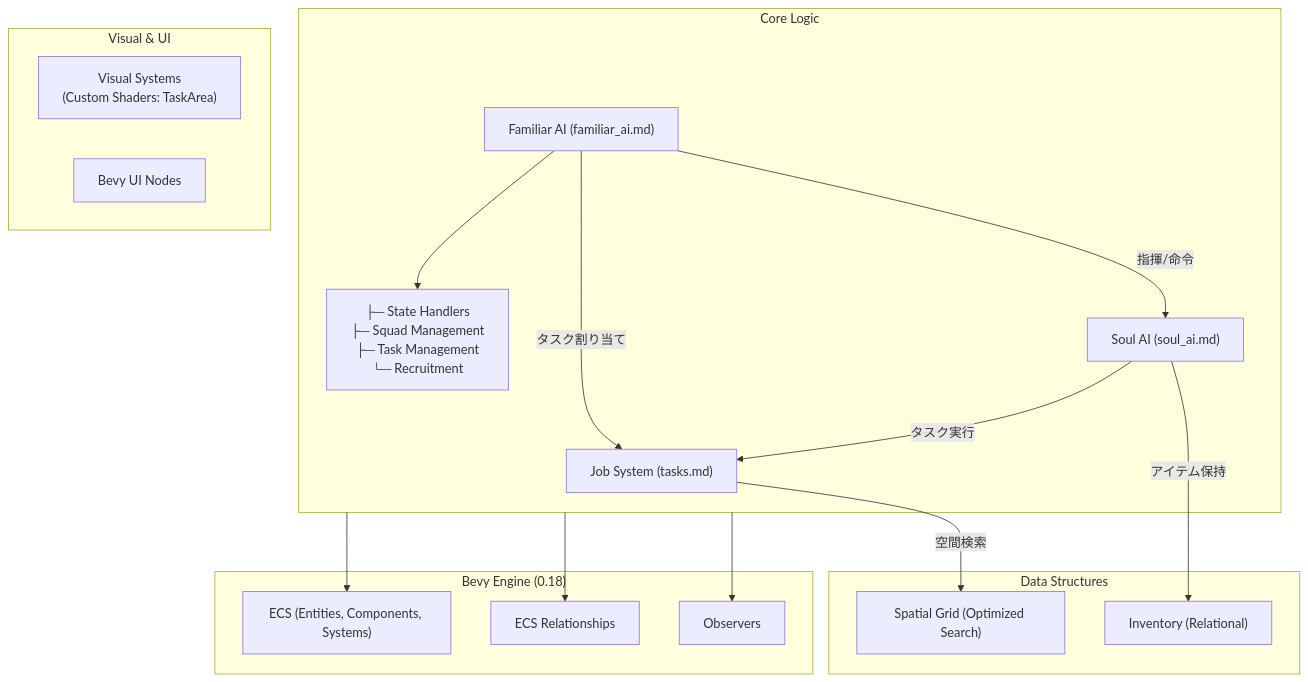
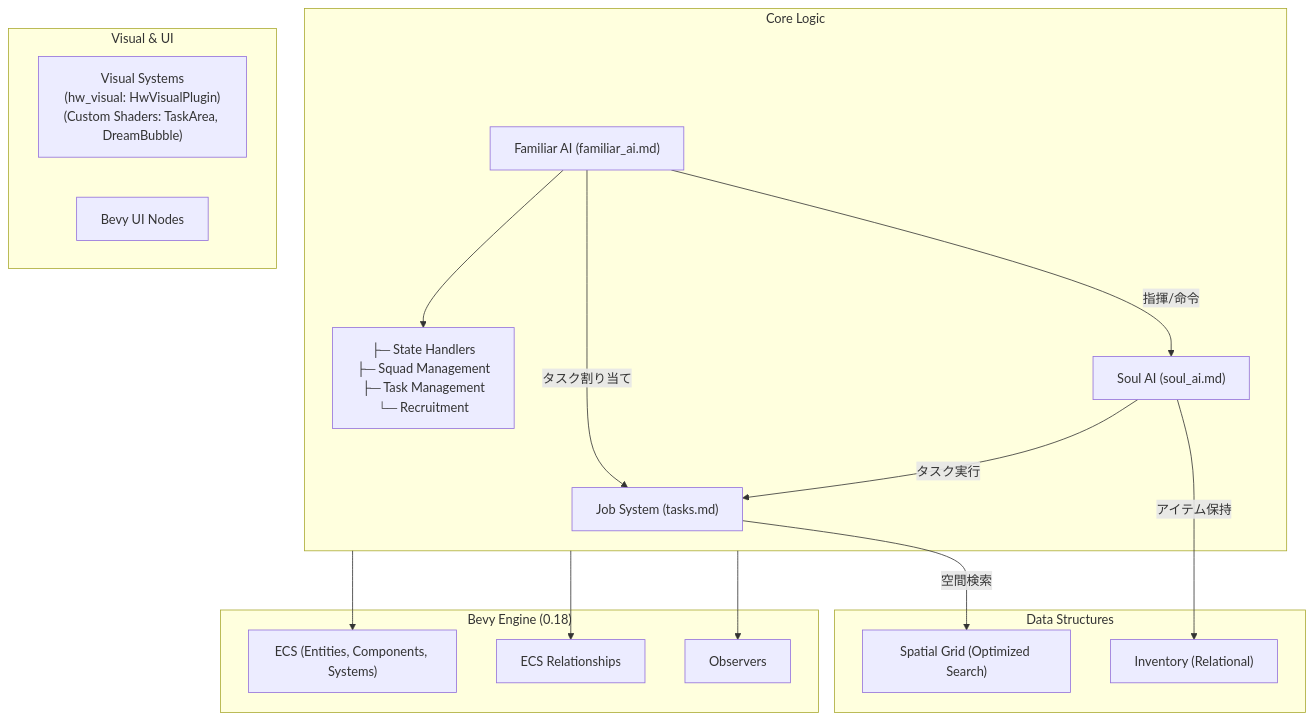
One commit to iaammssssstupiddddd-commits/hell-workers changed the diagram in docs/architecture.md. Above: the diagram before and after it, drawn with Mermaid. The commit also changed 117 other files, not shown here.

First line of the commit message:
Refactor: Extract visual systems into hw_visual crate

````diff
--- a/docs/architecture.md
+++ b/docs/architecture.md
@@ -7,39 +7,39 @@
 ```mermaid
 graph TD
     subgraph Engine["Bevy Engine (0.18)"]
         ECS["ECS (Entities, Components, Systems)"]
         Rel["ECS Relationships"]
         Obs["Observers"]
     end
 
     subgraph Core["Core Logic"]
         Jobs["Job System (tasks.md)"]
         F_AI["Familiar AI (familiar_ai.md)"]
         F_AI_Sub["├─ State Handlers<br/>├─ Squad Management<br/>├─ Task Management<br/>└─ Recruitment"]
         S_AI["Soul AI (soul_ai.md)"]
     end
     
     F_AI --> F_AI_Sub
 
     subgraph Data["Data Structures"]
         Grid["Spatial Grid (Optimized Search)"]
         Inventory["Inventory (Relational)"]
     end
 
     subgraph View["Visual & UI"]
-        Visual["Visual Systems<br/>(Custom Shaders: TaskArea)"]
+        Visual["Visual Systems<br/>(hw_visual: HwVisualPlugin)<br/>(Custom Shaders: TaskArea, DreamBubble)"]
         UI["Bevy UI Nodes"]
     end
 
     %% Relationships
     F_AI -->|指揮/命令| S_AI
     F_AI -->|タスク割り当て| Jobs
     S_AI -->|タスク実行| Jobs
     Jobs -->|空間検索| Grid
     S_AI -->|アイテム保持| Inventory
     
     %% Engine Integration
     Core --> ECS
     Core --> Rel
     Core --> Obs
 ```
````
